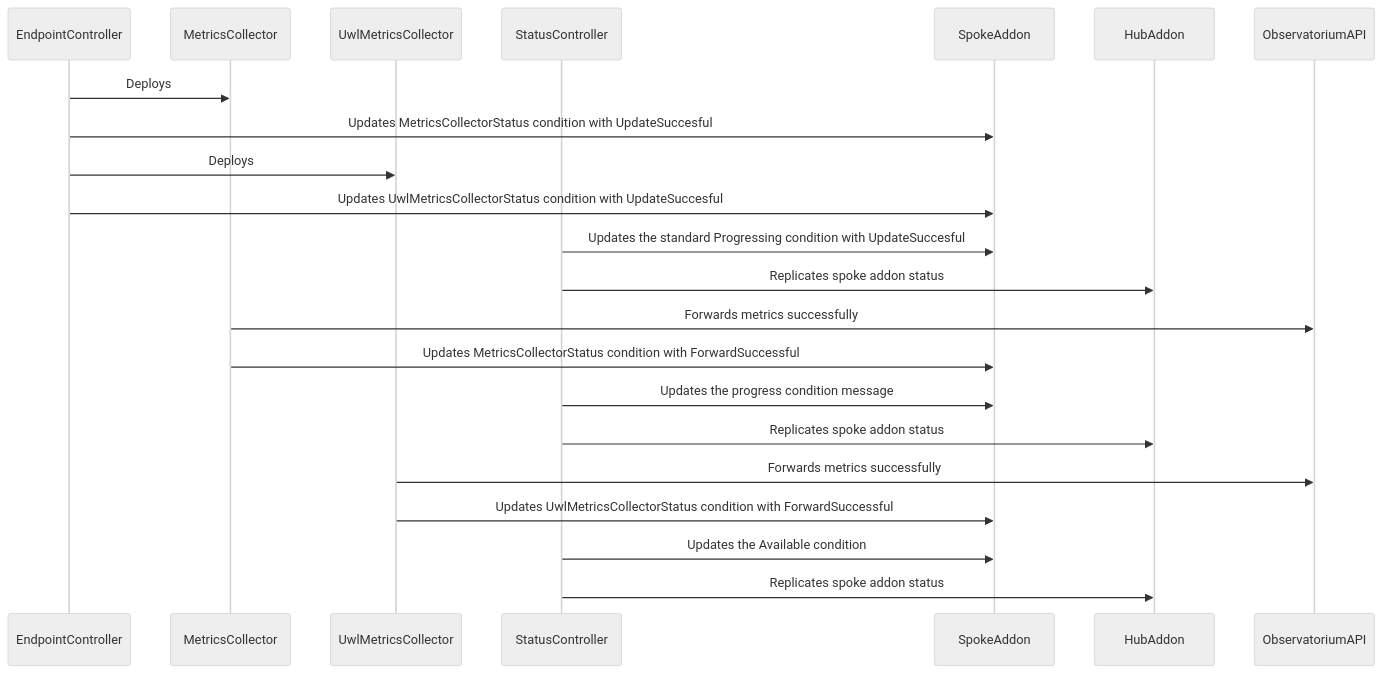
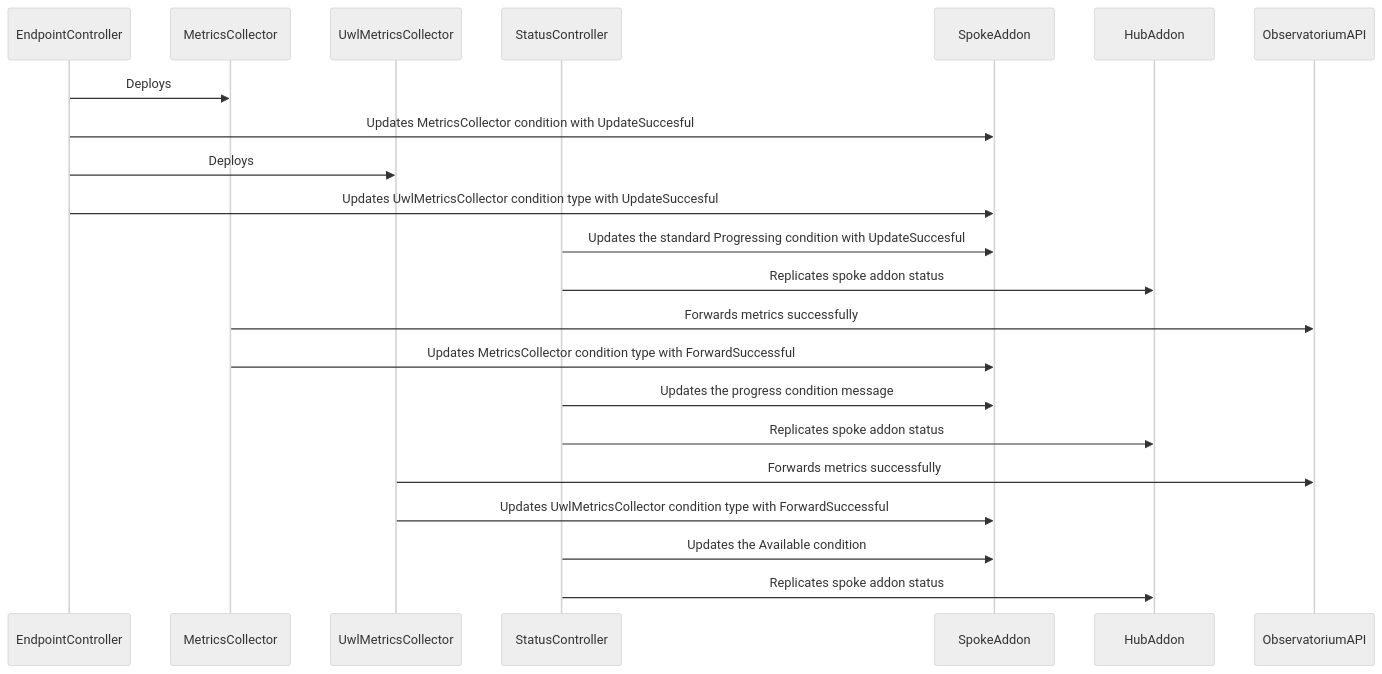
The second of 3 diagrams in operators/endpointmetrics/doc/design/addon-status.md (stolostron/multicluster-observability-operator), drawn with Mermaid (neutral theme) before and after one commit. The commit also changed other lines of this file, not shown here.

Commit message:
update new types names

````diff
--- a/operators/endpointmetrics/doc/design/addon-status.md
+++ b/operators/endpointmetrics/doc/design/addon-status.md
@@ -96,24 +96,24 @@
 ```mermaid
 sequenceDiagram
     participant EndpointController
     participant MetricsCollector
     participant UwlMetricsCollector
     participant StatusController
     participant SpokeAddon
     participant HubAddon
     participant ObservatoriumAPI
     EndpointController->>MetricsCollector: Deploys
-    EndpointController->>SpokeAddon: Updates MetricsCollectorStatus condition with UpdateSuccesful
+    EndpointController->>SpokeAddon: Updates MetricsCollector condition with UpdateSuccesful
     EndpointController->>UwlMetricsCollector: Deploys
-    EndpointController->>SpokeAddon: Updates UwlMetricsCollectorStatus condition with UpdateSuccesful
+    EndpointController->>SpokeAddon: Updates UwlMetricsCollector condition type with UpdateSuccesful
     StatusController->>SpokeAddon: Updates the standard Progressing condition with UpdateSuccesful
     StatusController->>HubAddon: Replicates spoke addon status
     MetricsCollector->>ObservatoriumAPI: Forwards metrics successfully
-    MetricsCollector->>SpokeAddon: Updates MetricsCollectorStatus condition with ForwardSuccessful
+    MetricsCollector->>SpokeAddon: Updates MetricsCollector condition type with ForwardSuccessful
     StatusController->>SpokeAddon: Updates the progress condition message
     StatusController->>HubAddon: Replicates spoke addon status
     UwlMetricsCollector->>ObservatoriumAPI: Forwards metrics successfully
-    UwlMetricsCollector->>SpokeAddon: Updates UwlMetricsCollectorStatus condition with ForwardSuccessful
+    UwlMetricsCollector->>SpokeAddon: Updates UwlMetricsCollector condition type with ForwardSuccessful
     StatusController->>SpokeAddon: Updates the Available condition 
     StatusController->>HubAddon: Replicates spoke addon status
 ```
````
